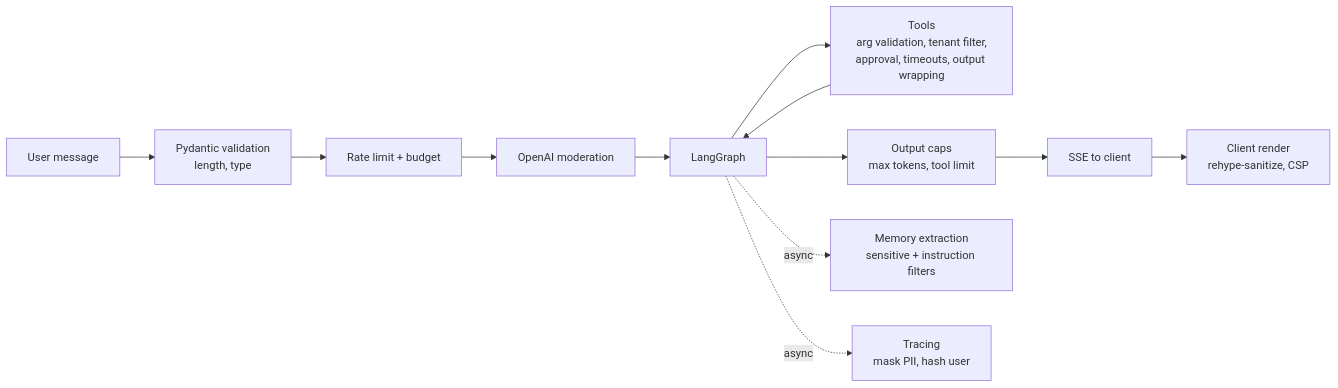
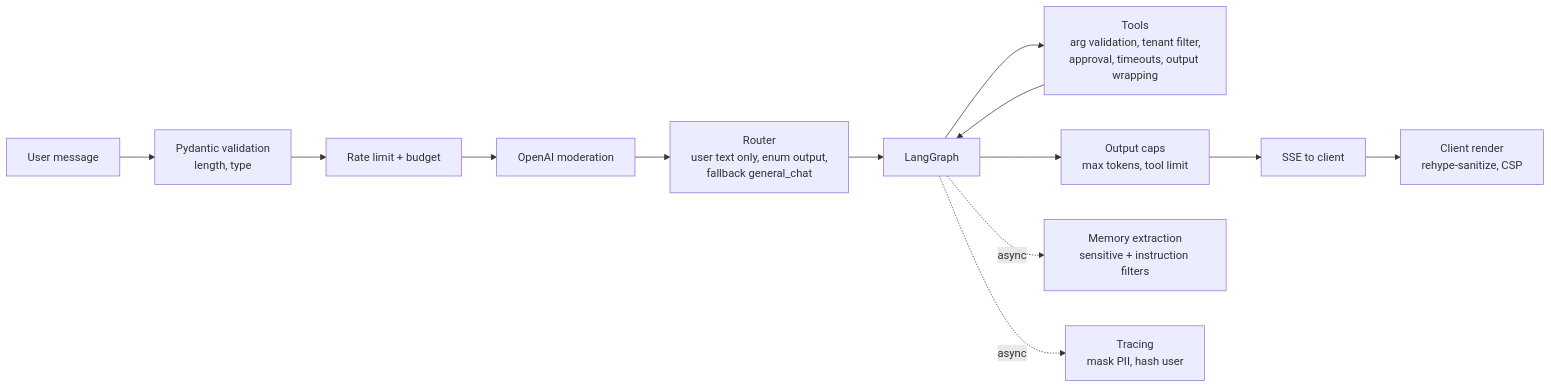
The second of 2 diagrams in docs/02_outputs/10_llm_threat_model.md (dinesh24murali/nexus-ai), drawn with Mermaid before and after one commit. The commit also changed other lines of this file and 11 other files, not shown here.

````diff
--- a/docs/02_outputs/10_llm_threat_model.md
+++ b/docs/02_outputs/10_llm_threat_model.md
@@ -76,9 +85,9 @@
 ```mermaid
 flowchart LR
-  IN[User message] --> V[Pydantic validation<br/>length, type] --> RL[Rate limit + budget] --> MOD[OpenAI moderation] --> G[LangGraph]
+  IN[User message] --> V[Pydantic validation<br/>length, type] --> RL[Rate limit + budget] --> MOD[OpenAI moderation] --> RT[Router<br/>user text only, enum output,<br/>fallback general_chat] --> G[LangGraph]
   G --> TOOLS[Tools<br/>arg validation, tenant filter,<br/>approval, timeouts, output wrapping]
   TOOLS --> G
   G --> OUT[Output caps<br/>max tokens, tool limit] --> SSE[SSE to client] --> R[Client render<br/>rehype-sanitize, CSP]
   G -. async .-> MEM[Memory extraction<br/>sensitive + instruction filters]
   G -. async .-> TR[Tracing<br/>mask PII, hash user]
 ```
````
